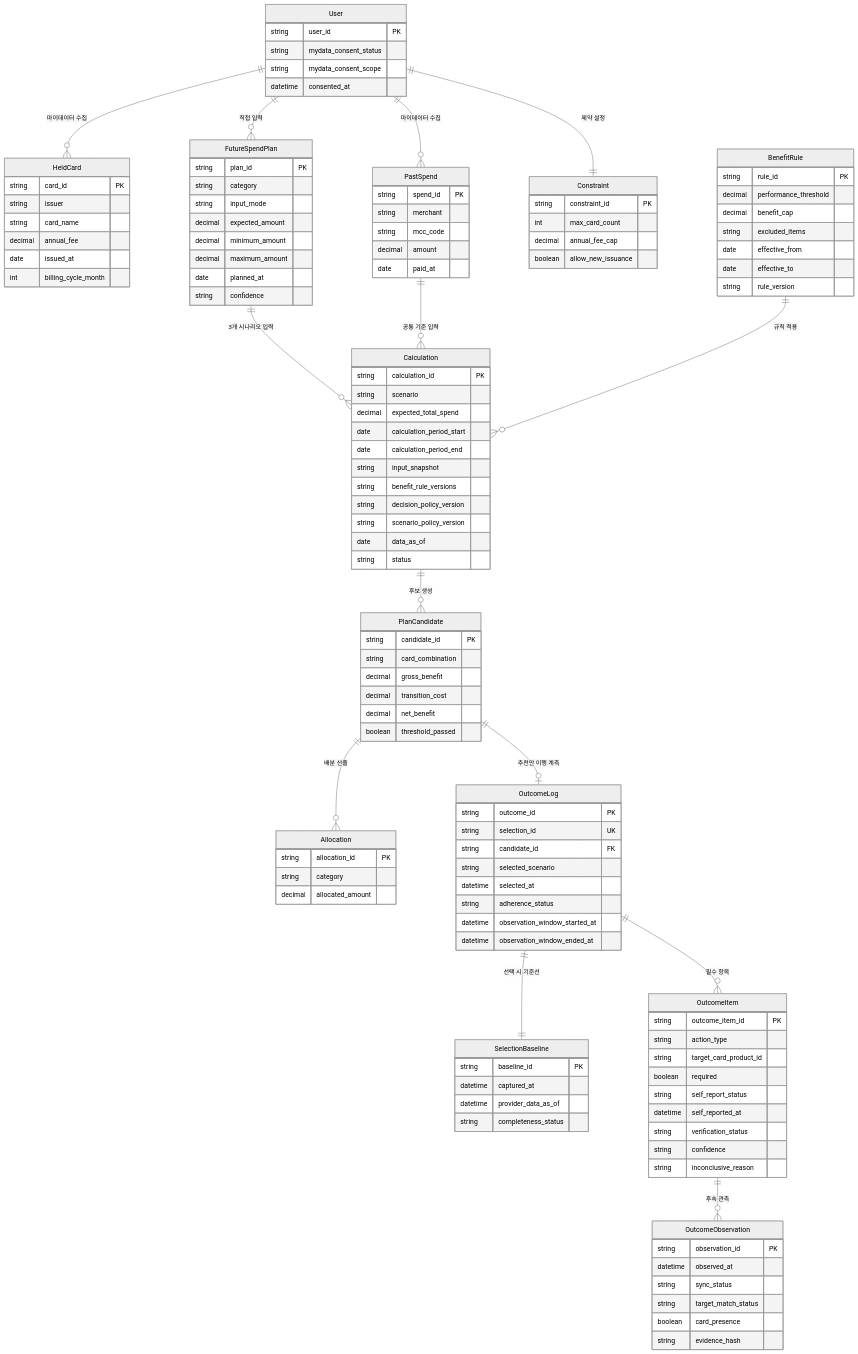
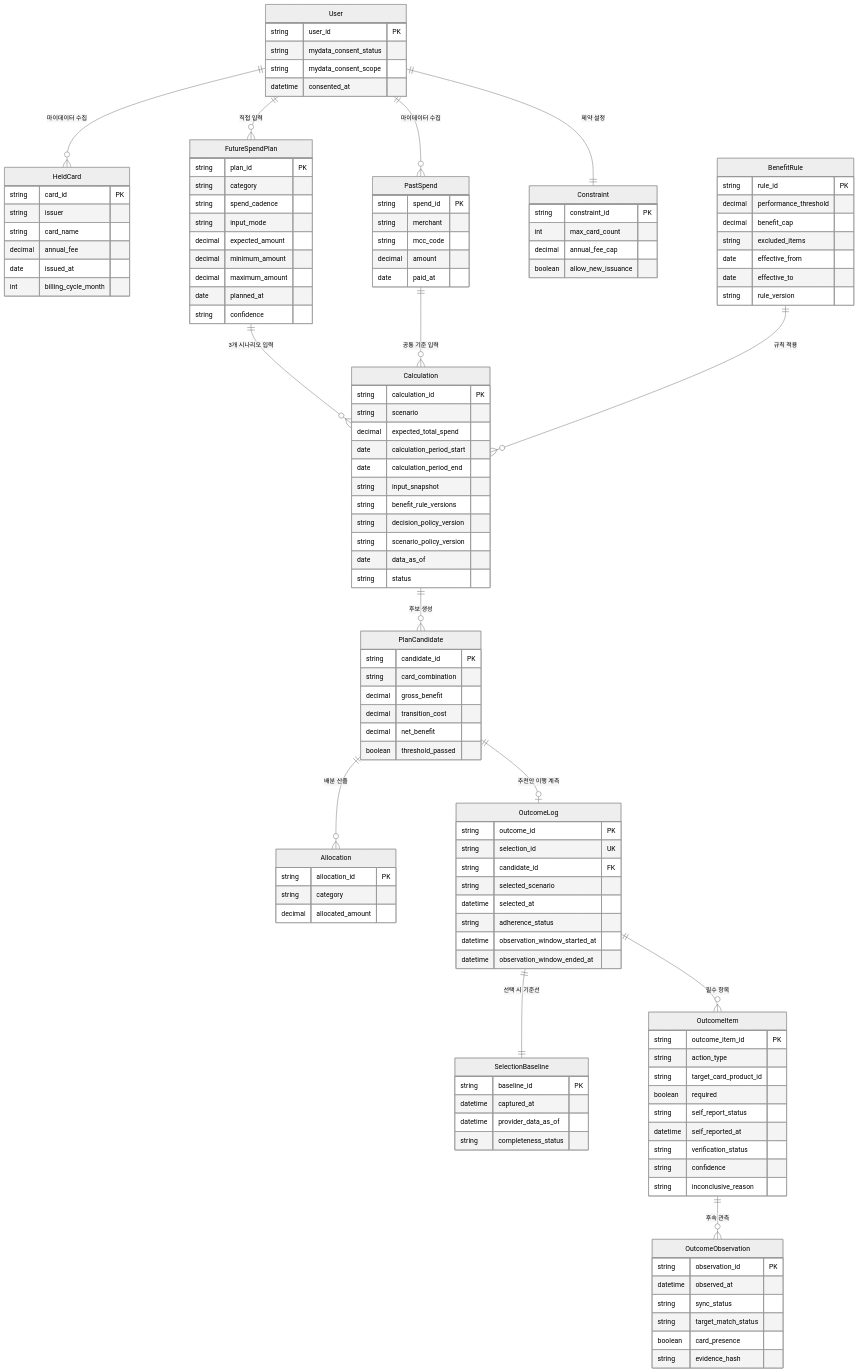
The second of 3 diagrams in PRD/PRD_CardFit_v1.3.md (jennie-brain/CardFit-prd-to-srs), drawn with Mermaid (neutral theme) before and after one commit. The commit also changed other lines of this file and 14 other files, not shown here.

```diff
--- a/PRD/PRD_CardFit_v1.3.md
+++ b/PRD/PRD_CardFit_v1.3.md
@@ -332,6 +333,7 @@
     FutureSpendPlan {
         string plan_id PK
         string category
+        string spend_cadence
         string input_mode
         decimal expected_amount
         decimal minimum_amount
```
